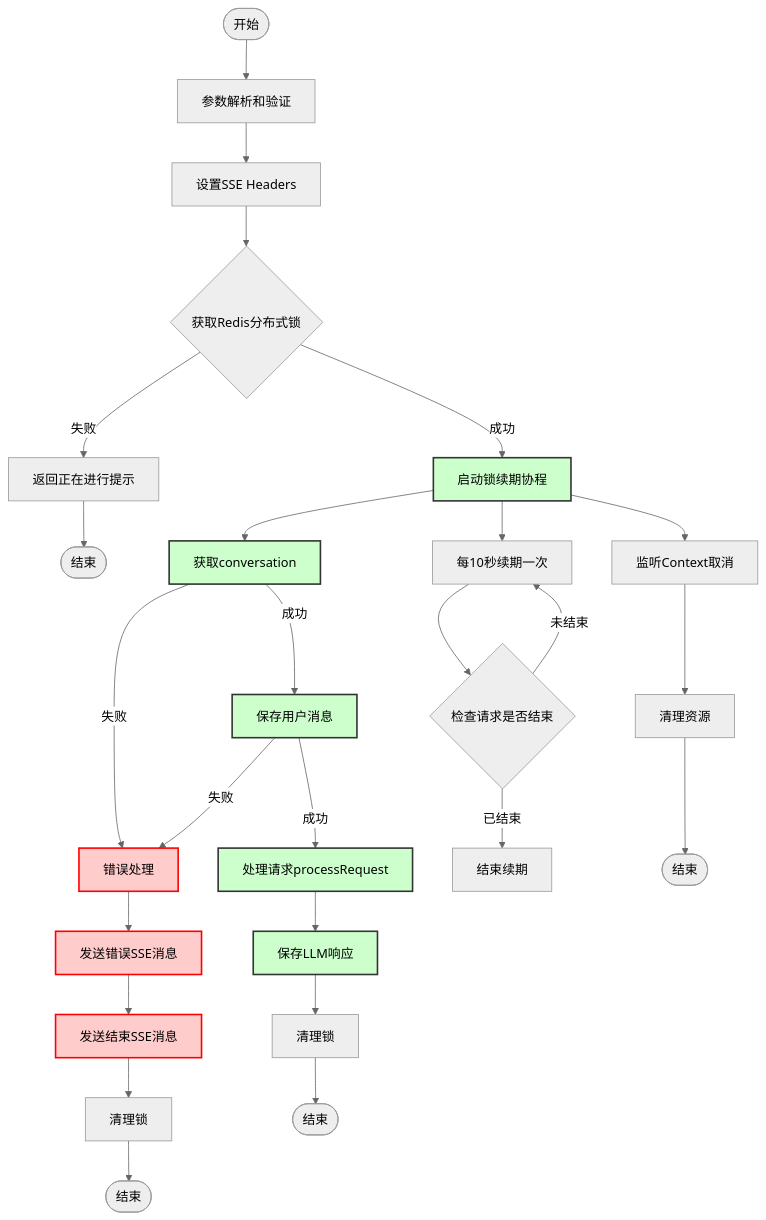
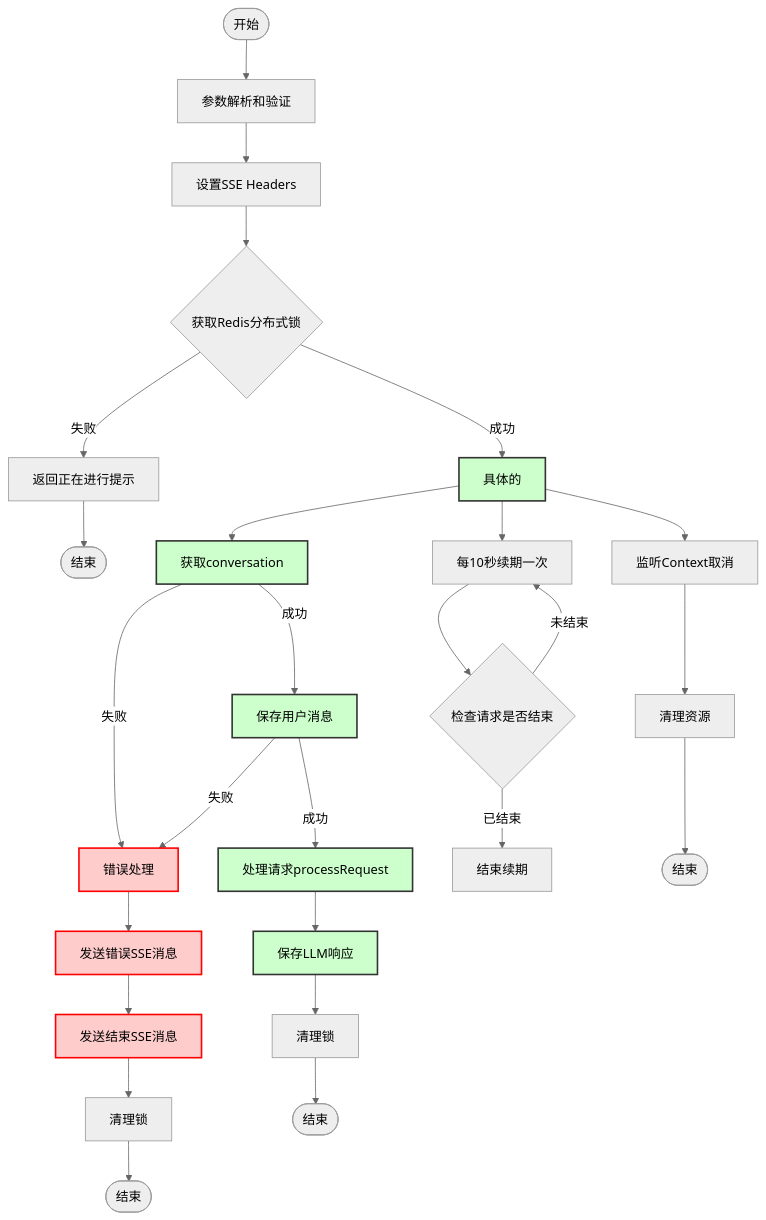
The diagram in all/未命名-15.md (yingjianzh/iodraw-files), drawn with Mermaid (neutral theme) before and after one commit.

Commit message:
2025-01-02 17:40:29 update

````diff
--- a/all/未命名-15.md
+++ b/all/未命名-15.md
@@ -1,46 +1,46 @@
 ```mermaid
 flowchart TD
     Start([开始]) --> A[参数解析和验证]
     A --> B[设置SSE Headers]
     B --> C{获取Redis分布式锁}
     
     C -->|失败| D[返回正在进行提示]
     D --> End1([结束])
     
-    C -->|成功| E[启动锁续期协程]
+    C -->|成功| E[具体的]
     E --> F[获取conversation]
     
     F -->|失败| G[错误处理]
     F -->|成功| H[保存用户消息]
     
     H -->|失败| G[错误处理]
     H -->|成功| I[处理请求processRequest]
     
     I --> J[保存LLM响应]
     
     %% 错误处理流程
     G --> K[发送错误SSE消息]
     K --> L[发送结束SSE消息]
     L --> M[清理锁]
     M --> End2([结束])
     
     %% 正常结束流程
     J --> N[清理锁]
     N --> End3([结束])
     
     %% 锁续期协程
     E --> O[每10秒续期一次]
     O --> P{检查请求是否结束}
     P -->|未结束| O
     P -->|已结束| Q[结束续期]
     
     %% Context取消监听
     E --> R[监听Context取消]
     R --> S[清理资源]
     S --> End4([结束])
     
     classDef error fill:#ffcccc,stroke:#ff0000,stroke-width:2px
     classDef normal fill:#ccffcc,stroke:#333,stroke-width:2px
     class G,K,L error
     class E,F,H,I,J normal
 ```
````
